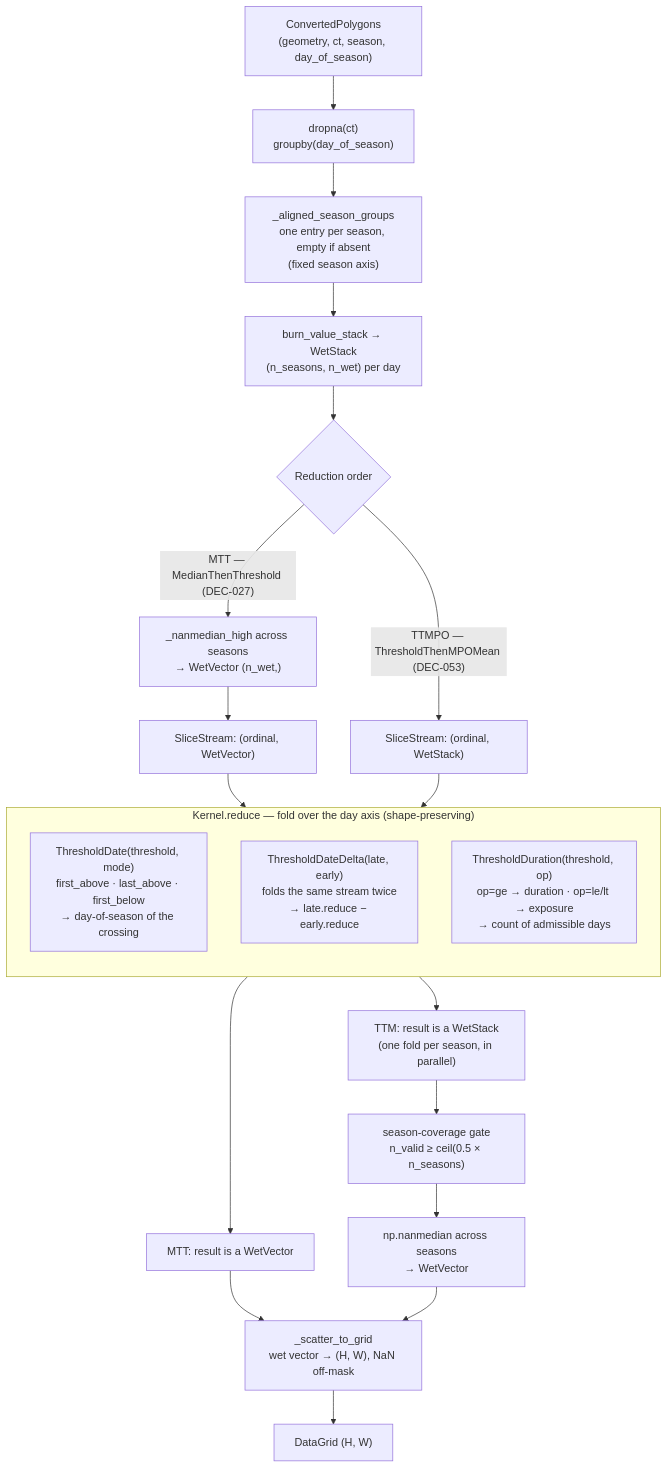
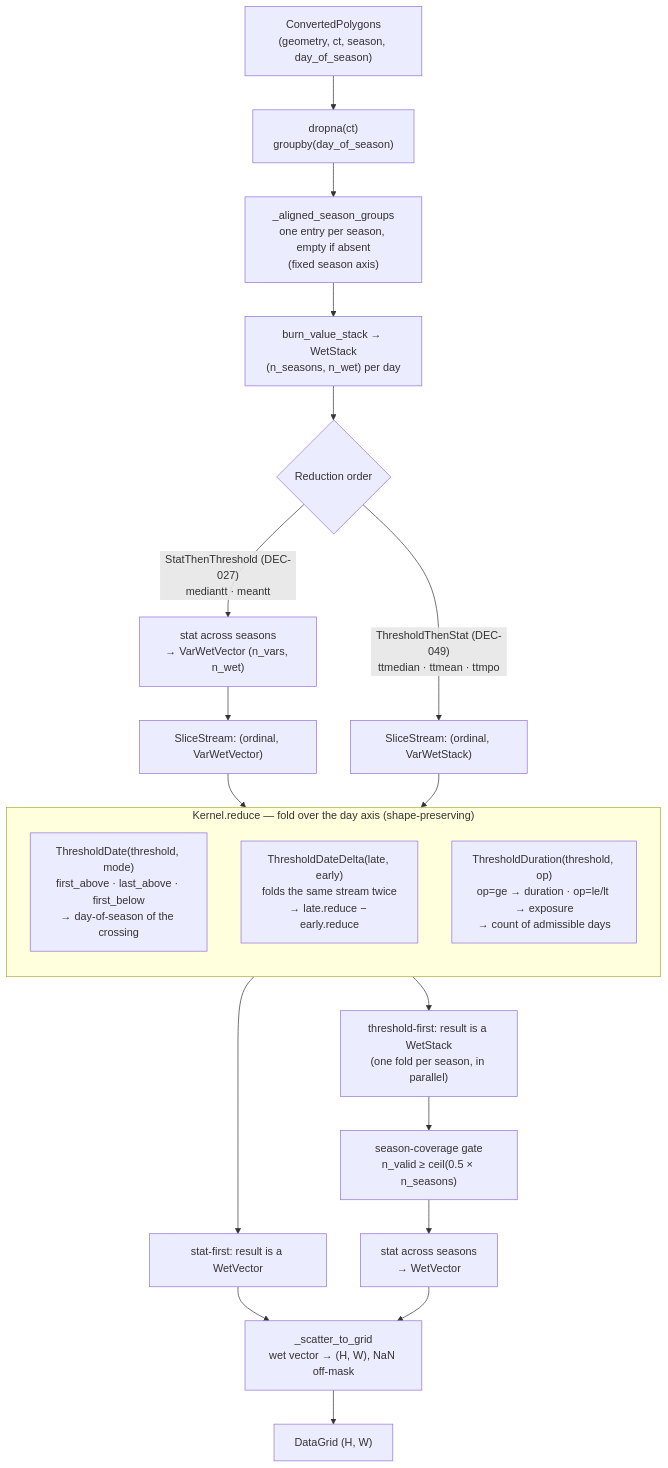
The first of 2 diagrams in climatology/README.md (eliedl/ice-clim), drawn with Mermaid before and after one commit. The commit also changed other lines of this file and 11 other files, not shown here.

````diff
--- a/climatology/README.md
+++ b/climatology/README.md
@@ -24,33 +26,33 @@
 ```mermaid
 flowchart TD
     DF["ConvertedPolygons<br/>(geometry, ct, season, day_of_season)"] --> DROP["dropna(ct)<br/>groupby(day_of_season)"]
     DROP --> ALIGN["_aligned_season_groups<br/>one entry per season, empty if absent<br/>(fixed season axis)"]
     ALIGN --> BURN["burn_value_stack → WetStack<br/>(n_seasons, n_wet) per day"]
 
     BURN --> ORDER{"Reduction order"}
 
-    ORDER -->|"MTT — MedianThenThreshold (DEC-027)"| MED1["_nanmedian_high across seasons<br/>→ WetVector (n_wet,)"]
-    MED1 --> STREAM_M["SliceStream: (ordinal, WetVector)"]
+    ORDER -->|"StatThenThreshold (DEC-027)<br/>mediantt · meantt"| MED1["stat across seasons<br/>→ VarWetVector (n_vars, n_wet)"]
+    MED1 --> STREAM_M["SliceStream: (ordinal, VarWetVector)"]
 
-    ORDER -->|"TTMPO — ThresholdThenMPOMean (DEC-053)"| STREAM_T["SliceStream: (ordinal, WetStack)"]
+    ORDER -->|"ThresholdThenStat (DEC-049)<br/>ttmedian · ttmean · ttmpo"| STREAM_T["SliceStream: (ordinal, VarWetStack)"]
 
     STREAM_M --> K
     STREAM_T --> K
 
     subgraph K["Kernel.reduce — fold over the day axis (shape-preserving)"]
         direction TB
         KA["ThresholdDate(threshold, mode)<br/>first_above · last_above · first_below<br/>→ day-of-season of the crossing"]
         KB["ThresholdDateDelta(late, early)<br/>folds the same stream twice<br/>→ late.reduce − early.reduce"]
         KC["ThresholdDuration(threshold, op)<br/>op=ge → duration · op=le/lt → exposure<br/>→ count of admissible days"]
     end
 
-    K --> OUT_M["MTT: result is a WetVector"]
-    K --> OUT_T["TTM: result is a WetStack<br/>(one fold per season, in parallel)"]
+    K --> OUT_M["stat-first: result is a WetVector"]
+    K --> OUT_T["threshold-first: result is a WetStack<br/>(one fold per season, in parallel)"]
 
     OUT_T --> COV["season-coverage gate<br/>n_valid ≥ ceil(0.5 × n_seasons)"]
-    COV --> MED2["np.nanmedian across seasons<br/>→ WetVector"]
+    COV --> MED2["stat across seasons<br/>→ WetVector"]
 
     OUT_M --> SCAT["_scatter_to_grid<br/>wet vector → (H, W), NaN off-mask"]
     MED2 --> SCAT
     SCAT --> GRID["DataGrid (H, W)"]
 ```
````
